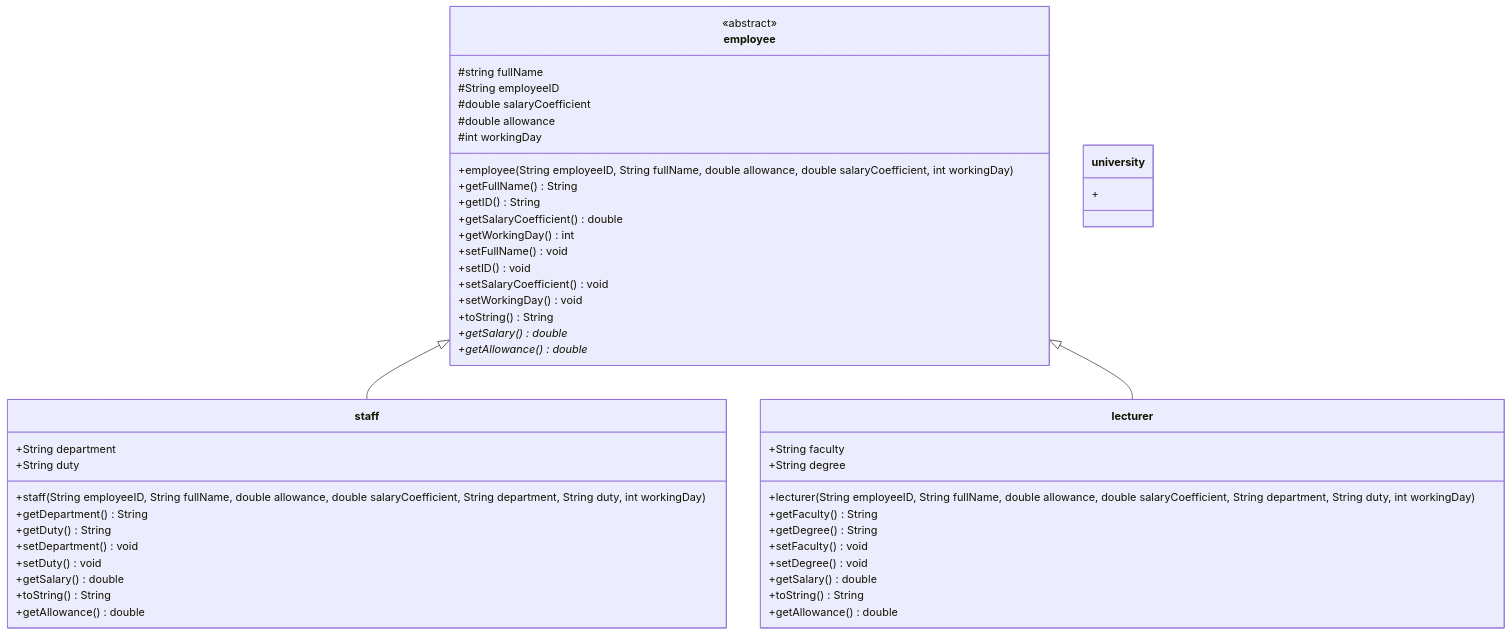
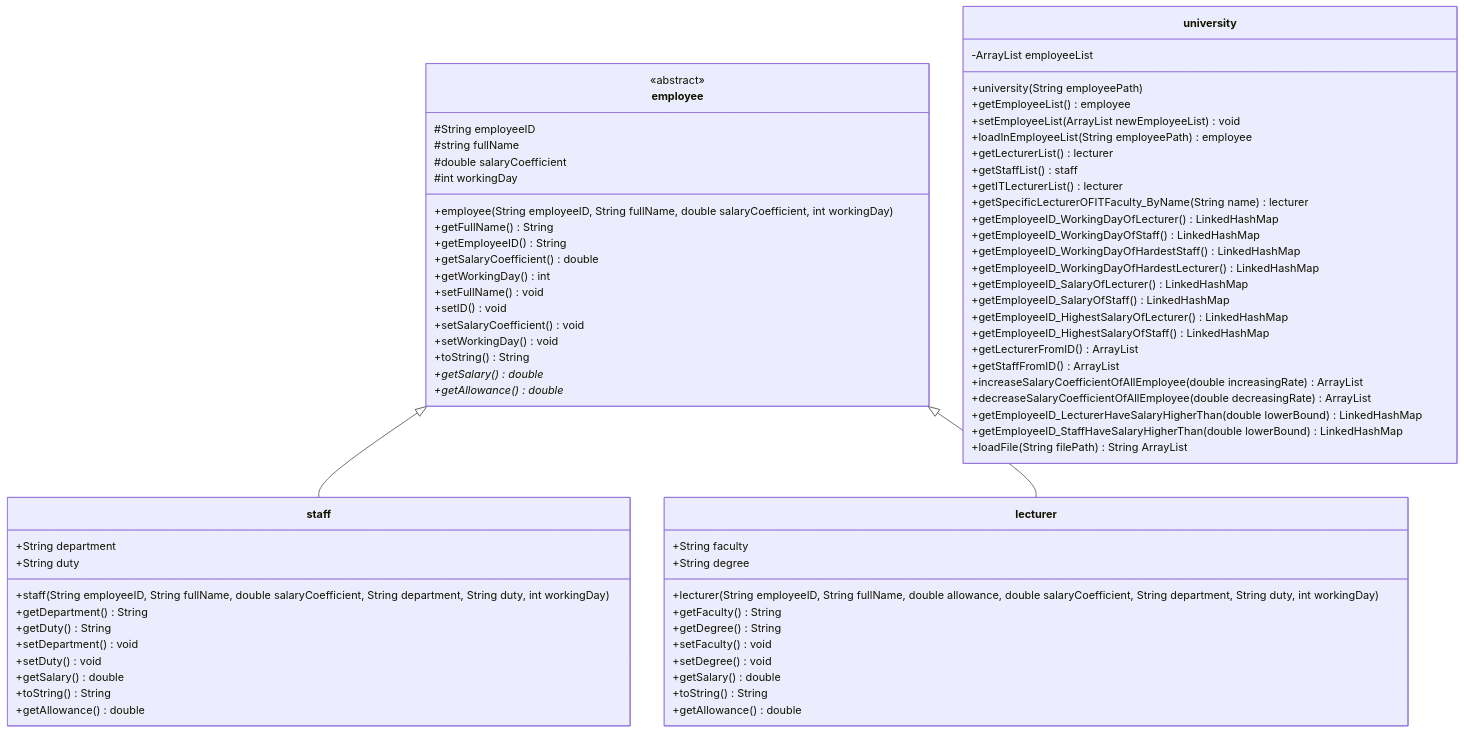
Before and after one commit to iLoveQueChi/UniversityManagementInJava: the diagram in readme.md, drawn with Mermaid. The commit also changed other lines of this file, not shown here.

````diff
--- a/readme.md
+++ b/readme.md
@@ -96,16 +10,15 @@
 employee <|-- lecturer
 
 <<abstract>> employee
+employee : #String employeeID
 employee : #string fullName
-employee : #String employeeID
 employee : #double salaryCoefficient
-employee : #double allowance
 employee : #int workingDay
 
-employee : +employee(String employeeID, String fullName, double allowance, double salaryCoefficient, int workingDay)
+employee : +employee(String employeeID, String fullName, double salaryCoefficient, int workingDay)
 
 employee : +getFullName() String 
-employee : +getID() String
+employee : +getEmployeeID() String
 employee : +getSalaryCoefficient() double
 employee : +getWorkingDay() int
 
@@ -122,7 +35,8 @@
     +String department
     +String duty
 
-    +staff(String employeeID, String fullName, double allowance, double salaryCoefficient, String department, String duty, int workingDay)
+    +staff(String employeeID, String fullName, double salaryCoefficient, String department, String duty, int workingDay)
+    
     +getDepartment() String
     +getDuty() String
 
@@ -139,6 +53,7 @@
     +String degree
 
     +lecturer(String employeeID, String fullName, double allowance, double salaryCoefficient, String department, String duty, int workingDay)
+    
     +getFaculty() String
     +getDegree() String
 
@@ -151,7 +66,35 @@
 }
 
 class university{
-    +
+    -ArrayList<employee> employeeList
+
+    +university(String employeePath)
+
+    +getEmployeeList() employee
+
+    +setEmployeeList(ArrayList<employee> newEmployeeList) void
+
+    +loadInEmployeeList(String employeePath) employee
+    +getLecturerList() lecturer
+    +getStaffList() staff
+    +getITLecturerList() lecturer
+    +getSpecificLecturerOFITFaculty_ByName(String name) lecturer
+    +getEmployeeID_WorkingDayOfLecturer() LinkedHashMap<String, Integer>
+    +getEmployeeID_WorkingDayOfStaff() LinkedHashMap<String, Integer>
+    +getEmployeeID_WorkingDayOfHardestStaff() LinkedHashMap<String, Integer>
+    +getEmployeeID_WorkingDayOfHardestLecturer() LinkedHashMap<String, Integer>
+    +getEmployeeID_SalaryOfLecturer() LinkedHashMap<String, Double>
+    +getEmployeeID_SalaryOfStaff() LinkedHashMap<String, Double>
+    +getEmployeeID_HighestSalaryOfLecturer() LinkedHashMap<String, Double>
+    +getEmployeeID_HighestSalaryOfStaff() LinkedHashMap<String, Double>
+    +getLecturerFromID() ArrayList<lecturer>
+    +getStaffFromID() ArrayList<staff>   
+    +increaseSalaryCoefficientOfAllEmployee(double increasingRate) ArrayList<employee>
+    +decreaseSalaryCoefficientOfAllEmployee(double decreasingRate) ArrayList<employee>
+    +getEmployeeID_LecturerHaveSalaryHigherThan(double lowerBound) LinkedHashMap<String, Double>
+    +getEmployeeID_StaffHaveSalaryHigherThan(double lowerBound) LinkedHashMap<String, Double>
+
+    +loadFile(String filePath) String ArrayList
   }
 
 ```
````
